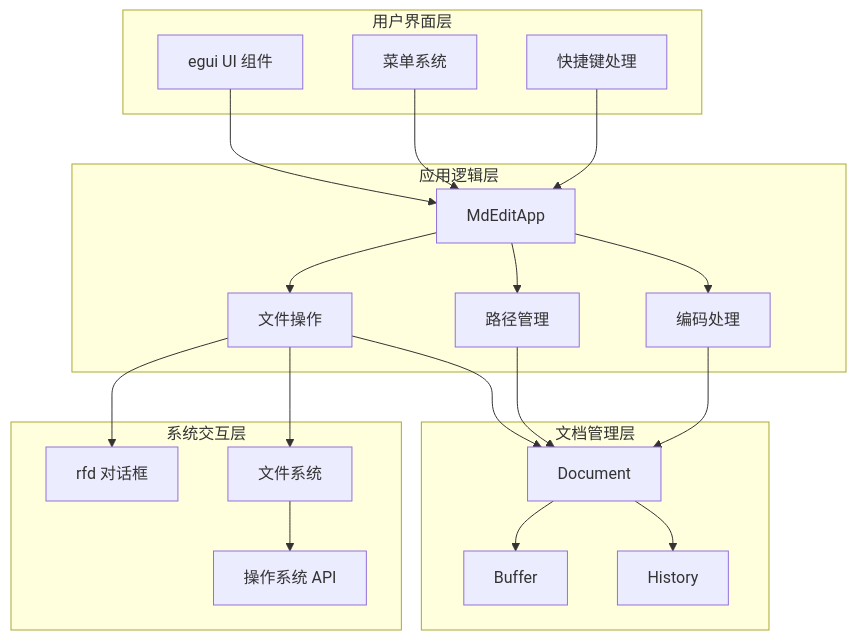
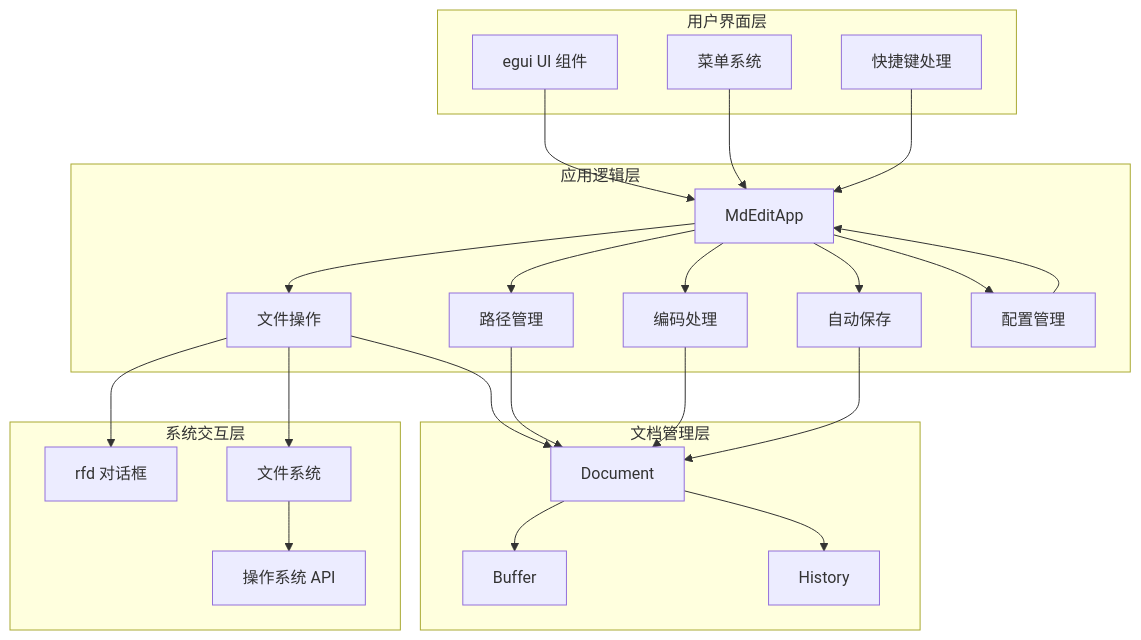
The sixth of 20 diagrams in .qoder/repowiki/zh/content/功能特性详解/文件操作功能.md (tea4go/mdedit), drawn with Mermaid before and after one commit. The commit also changed other lines of this file and 25 other files, not shown here.

````diff
--- a/.qoder/repowiki/zh/content/功能特性详解/文件操作功能.md
+++ b/.qoder/repowiki/zh/content/功能特性详解/文件操作功能.md
@@ -168,38 +236,44 @@
 ```mermaid
 graph TD
 subgraph "用户界面层"
 UI[egui UI 组件]
 Menu[菜单系统]
 Shortcuts[快捷键处理]
 end
 subgraph "应用逻辑层"
 App[MdEditApp]
 FileOps[文件操作]
 PathMgr[路径管理]
 Encoding[编码处理]
+AutoSave[自动保存]
+Config[配置管理]
 end
 subgraph "文档管理层"
 Document[Document]
 Buffer[Buffer]
 History[History]
 end
 subgraph "系统交互层"
 RFD[rfd 对话框]
 FileSystem[文件系统]
 OS[操作系统 API]
 end
 UI --> App
 Menu --> App
 Shortcuts --> App
 App --> FileOps
 App --> PathMgr
 App --> Encoding
+App --> AutoSave
+App --> Config
 FileOps --> Document
 PathMgr --> Document
 Encoding --> Document
 FileOps --> RFD
 FileOps --> FileSystem
 FileSystem --> OS
 Document --> Buffer
 Document --> History
+AutoSave --> Document
+Config --> App
 ```
````
